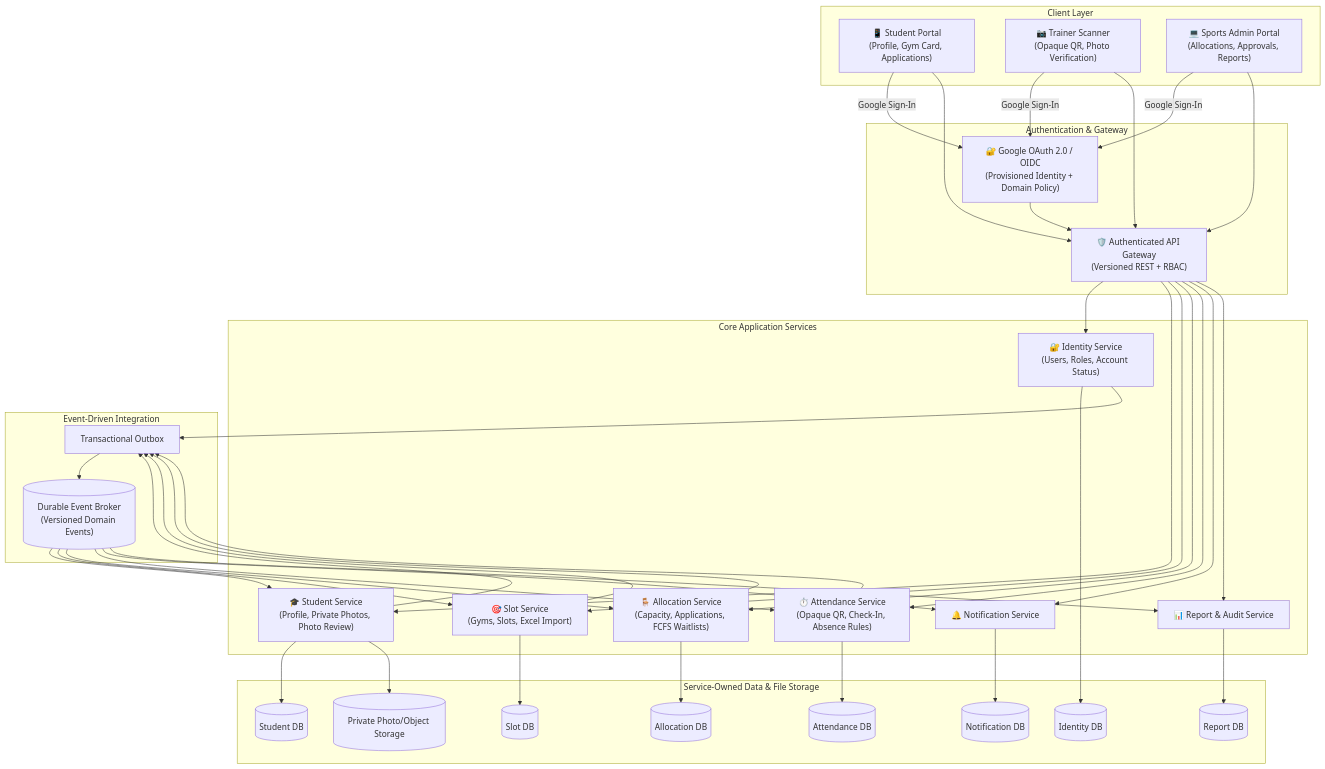
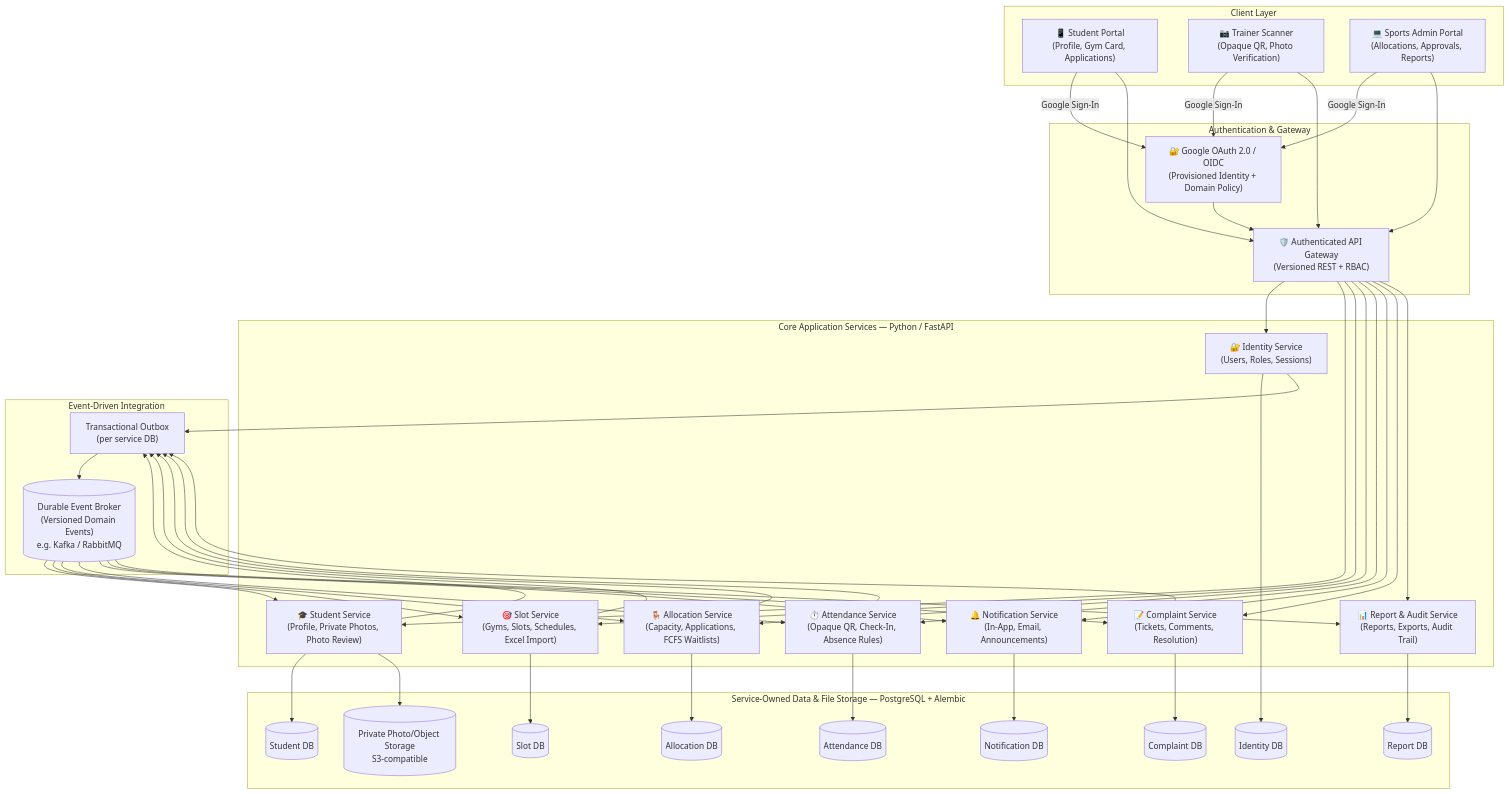
Before and after one commit to Aarav-cyber/Gym-allocation: the first of 4 diagrams in README.md, drawn with Mermaid. The commit also changed other lines of this file and 5 other files, not shown here.

````diff
--- a/README.md
+++ b/README.md
@@ -151,30 +151,32 @@
         APIGateway["🛡️ Authenticated API Gateway<br/>(Versioned REST + RBAC)"]
     end
 
-    subgraph ServiceLayer ["Core Application Services"]
-        IdentitySvc["🔐 Identity Service<br/>(Users, Roles, Account Status)"]
+    subgraph ServiceLayer ["Core Application Services — Python / FastAPI"]
+        IdentitySvc["🔐 Identity Service<br/>(Users, Roles, Sessions)"]
         StudentSvc["🎓 Student Service<br/>(Profile, Private Photos, Photo Review)"]
-        SlotSvc["🎯 Slot Service<br/>(Gyms, Slots, Excel Import)"]
+        SlotSvc["🎯 Slot Service<br/>(Gyms, Slots, Schedules, Excel Import)"]
         AllocationSvc["🪑 Allocation Service<br/>(Capacity, Applications, FCFS Waitlists)"]
         AttendanceSvc["⏱️ Attendance Service<br/>(Opaque QR, Check-In, Absence Rules)"]
-        NotificationSvc["🔔 Notification Service"]
-        ReportSvc["📊 Report & Audit Service"]
+        NotificationSvc["🔔 Notification Service<br/>(In-App, Email, Announcements)"]
+        ComplaintSvc["📝 Complaint Service<br/>(Tickets, Comments, Resolution)"]
+        ReportSvc["📊 Report & Audit Service<br/>(Reports, Exports, Audit Trail)"]
     end
 
     subgraph EventLayer ["Event-Driven Integration"]
-        Outbox["Transactional Outbox"]
-        Broker[("Durable Event Broker<br/>(Versioned Domain Events)")]
+        Outbox["Transactional Outbox<br/>(per service DB)"]
+        Broker[("Durable Event Broker<br/>(Versioned Domain Events)<br/>e.g. Kafka / RabbitMQ")]
     end
 
-    subgraph DataLayer ["Service-Owned Data & File Storage"]
+    subgraph DataLayer ["Service-Owned Data & File Storage — PostgreSQL + Alembic"]
         IdentityDB[("Identity DB")]
         StudentDB[("Student DB")]
         SlotDB[("Slot DB")]
         AllocationDB[("Allocation DB")]
         AttendanceDB[("Attendance DB")]
         NotificationDB[("Notification DB")]
+        ComplaintDB[("Complaint DB")]
         ReportDB[("Report DB")]
-        ObjectStore[("Private Photo/Object Storage")]
+        ObjectStore[("Private Photo/Object Storage<br/>S3-compatible")]
     end
 
     StudentApp -->|Google Sign-In| GoogleOAuth
@@ -192,6 +194,7 @@
     APIGateway --> AllocationSvc
     APIGateway --> AttendanceSvc
     APIGateway --> NotificationSvc
+    APIGateway --> ComplaintSvc
     APIGateway --> ReportSvc
 
     IdentitySvc --> IdentityDB
@@ -201,6 +204,7 @@
     AllocationSvc --> AllocationDB
     AttendanceSvc --> AttendanceDB
     NotificationSvc --> NotificationDB
+    ComplaintSvc --> ComplaintDB
     ReportSvc --> ReportDB
 
     IdentitySvc --> Outbox
@@ -208,11 +212,13 @@
     SlotSvc --> Outbox
     AllocationSvc --> Outbox
     AttendanceSvc --> Outbox
+    ComplaintSvc --> Outbox
     Outbox --> Broker
     Broker --> StudentSvc
     Broker --> SlotSvc
     Broker --> AllocationSvc
     Broker --> AttendanceSvc
     Broker --> NotificationSvc
+    Broker --> ComplaintSvc
     Broker --> ReportSvc
 ```
````
